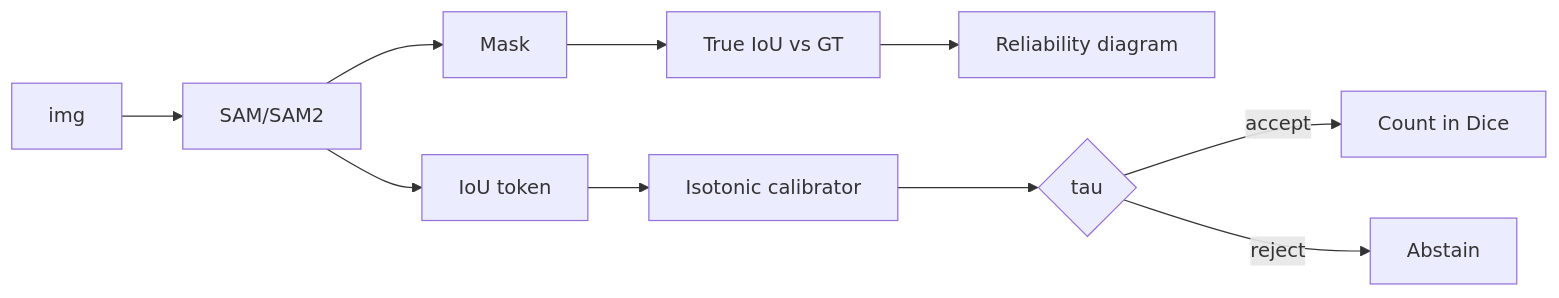
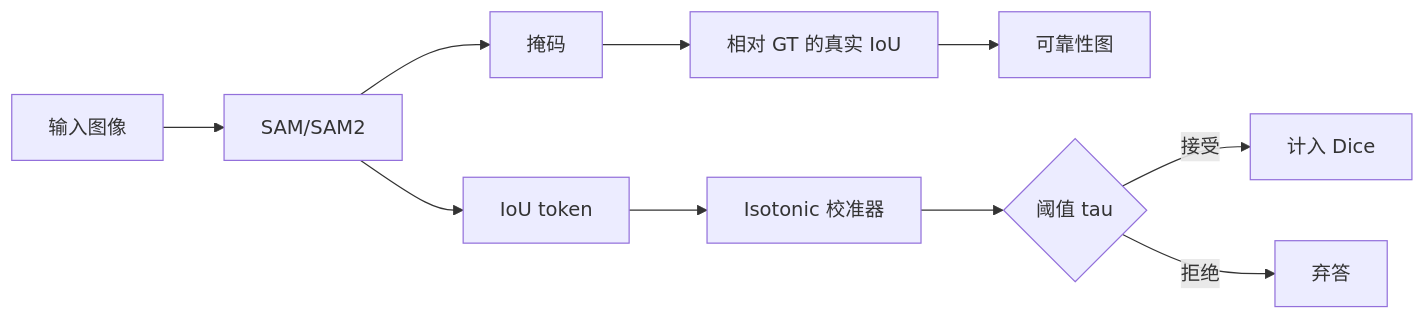
Before and after one commit to songkang688/idea: the diagram in Windows8/Idea_03/diagrams/architecture.md, drawn with Mermaid. The commit also changed 24 other files, not shown here.

````diff
--- a/Windows8/Idea_03/diagrams/architecture.md
+++ b/Windows8/Idea_03/diagrams/architecture.md
@@ -1,12 +1,12 @@
 ```mermaid
 flowchart LR
-  img --> SAM[SAM/SAM2]
-  SAM --> mask[Mask]
+  img[输入图像] --> SAM[SAM/SAM2]
+  SAM --> mask[掩码]
   SAM --> s[IoU token]
-  mask --> iou[True IoU vs GT]
-  s --> cal[Isotonic calibrator]
-  iou --> rel[Reliability diagram]
-  cal --> gate{tau}
-  gate -->|accept| keep[Count in Dice]
-  gate -->|reject| abs[Abstain]
+  mask --> iou[相对 GT 的真实 IoU]
+  s --> cal[Isotonic 校准器]
+  iou --> rel[可靠性图]
+  cal --> gate{阈值 tau}
+  gate -->|接受| keep[计入 Dice]
+  gate -->|拒绝| abs[弃答]
 ```
````
